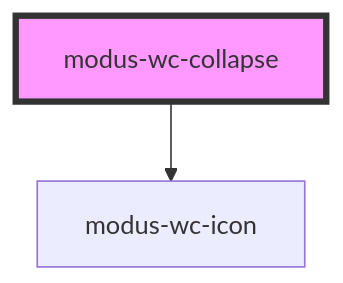
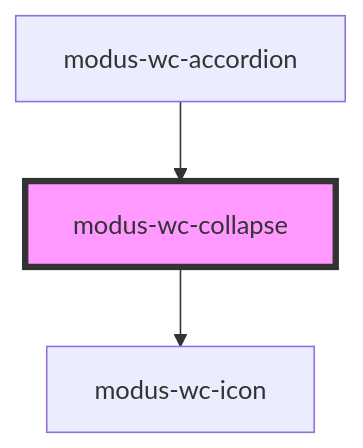
Before and after one commit to trimble-oss/modus-wc-2.0: the diagram in src/components/molecules/modus-wc-collapse/readme.md, drawn with Mermaid. The commit also changed other lines of this file and 13 other files, not shown here.

Commit message:
feat: create modus accordion component

````diff
--- a/src/components/molecules/modus-wc-collapse/readme.md
+++ b/src/components/molecules/modus-wc-collapse/readme.md
@@ -44,5 +48,6 @@
 ```mermaid
 graph TD;
   modus-wc-collapse --> modus-wc-icon
+  modus-wc-accordion --> modus-wc-collapse
   style modus-wc-collapse fill:#f9f,stroke:#333,stroke-width:4px
 ```
````
